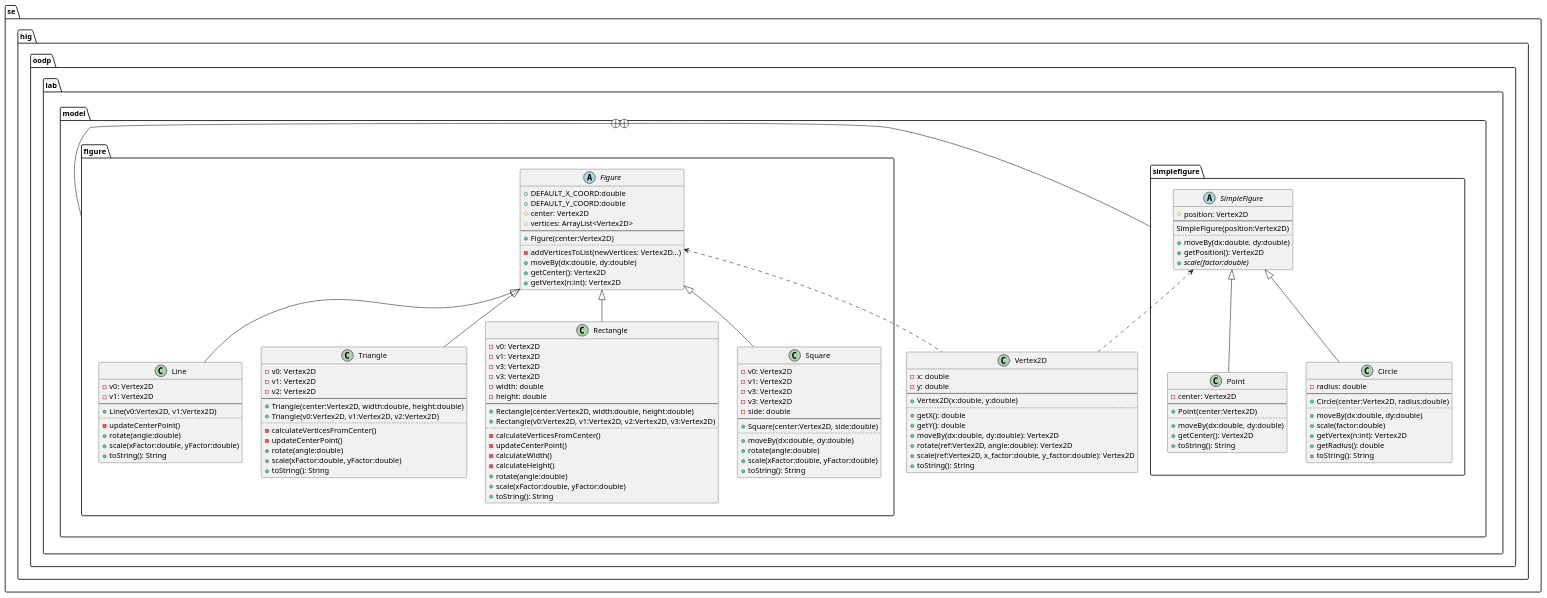
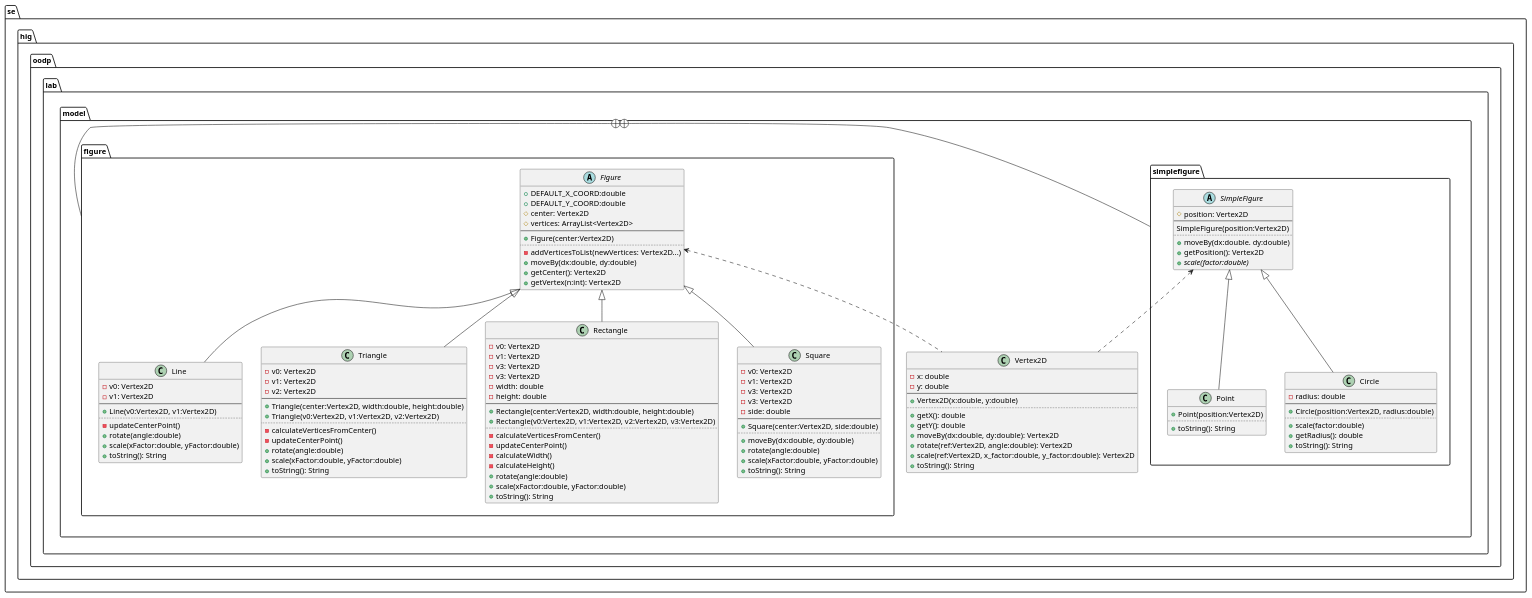
One commit to jonasjberg/DVG303_lab2 changed the diagram in diagram/uppgift2.puml. Above: the diagram before and after it, drawn with PlantUML. The commit also changed 8 other files, not shown here.

Commit message:
Done adding SimpleFigure and Figure superclasses.

```diff
--- a/diagram/uppgift2.puml
+++ b/diagram/uppgift2.puml
@@ -9,172 +9,166 @@
 @startuml
 ' ____________________________________________________________________________
 ' ____ CONFIGURATION OPTIONS __________________________________________________
 ' debug flag creates a 'svek.dot' and 'svek.svg' file in ~/
 !pragma svek_trace on
 
 ' package graphical style
 ' skinparam packageStyle folder
 
 ' don't use symbols to indicate visibility
 ' skinparam classAttributeIconsize 0
 
 
 ' ____________________________________________________________________________
 ' ____ CLASS DEFINITIONS ______________________________________________________
 package se.hig.oodp.lab.model {
     class Vertex2D {
         -x: double
         -y: double
         --
         +Vertex2D(x:double, y:double)
         ..
         +getX(): double
         +getY(): double
         +moveBy(dx:double, dy:double): Vertex2D
         +rotate(ref:Vertex2D, angle:double): Vertex2D
         +scale(ref:Vertex2D, x_factor:double, y_factor:double): Vertex2D
         +toString(): String
     }
 }
 
 package se.hig.oodp.lab.model.simplefigure {
     abstract class SimpleFigure {
         #position: Vertex2D
         --
         SimpleFigure(position:Vertex2D)
         ..
         +moveBy(dx:double. dy:double)
         +getPosition(): Vertex2D
         {Abstract}+scale(factor:double)
     }
 
     class Point {
-        -center: Vertex2D
-        --
-        +Point(center:Vertex2D)
+        +Point(position:Vertex2D)
         ..
-        +moveBy(dx:double, dy:double)
-        +getCenter(): Vertex2D
         +toString(): String
     }
 
     class Circle {
         -radius: double
         --
-        +Circle(center:Vertex2D, radius:double)
+        +Circle(position:Vertex2D, radius:double)
         ..
-        +moveBy(dx:double, dy:double)
         +scale(factor:double)
-        +getVertex(n:int): Vertex2D
         +getRadius(): double
         +toString(): String
     }
 }
 
 package se.hig.oodp.lab.model.figure {
 
     abstract class Figure {
         +DEFAULT_X_COORD:double
         +DEFAULT_Y_COORD:double
         #center: Vertex2D
         #vertices: ArrayList<Vertex2D>
         --
         +Figure(center:Vertex2D)
         ..
         -addVerticesToList(newVertices: Vertex2D...)
         +moveBy(dx:double, dy:double)
         +getCenter(): Vertex2D
         +getVertex(n:int): Vertex2D
     }
 
     class Line {
         -v0: Vertex2D
         -v1: Vertex2D
         --
         +Line(v0:Vertex2D, v1:Vertex2D)
         ..
         -updateCenterPoint()
         +rotate(angle:double)
         +scale(xFactor:double, yFactor:double)
         +toString(): String
     }
 
     class Triangle {
         -v0: Vertex2D
         -v1: Vertex2D
         -v2: Vertex2D
         --
         +Triangle(center:Vertex2D, width:double, height:double)
         +Triangle(v0:Vertex2D, v1:Vertex2D, v2:Vertex2D)
         ..
         -calculateVerticesFromCenter()
         -updateCenterPoint()
         +rotate(angle:double)
         +scale(xFactor:double, yFactor:double)
         +toString(): String
     }
 
     class Rectangle {
         -v0: Vertex2D
         -v1: Vertex2D
         -v3: Vertex2D
         -v3: Vertex2D
         -width: double
         -height: double
         --
         +Rectangle(center:Vertex2D, width:double, height:double)
         +Rectangle(v0:Vertex2D, v1:Vertex2D, v2:Vertex2D, v3:Vertex2D)
         ..
         -calculateVerticesFromCenter()
         -updateCenterPoint()
         -calculateWidth()
         -calculateHeight()
         +rotate(angle:double)
         +scale(xFactor:double, yFactor:double)
         +toString(): String
     }
 
     class Square {
         -v0: Vertex2D
         -v1: Vertex2D
         -v3: Vertex2D
         -v3: Vertex2D
         -side: double
         --
         +Square(center:Vertex2D, side:double)
         ..
         +moveBy(dx:double, dy:double)
         +rotate(angle:double)
         +scale(xFactor:double, yFactor:double)
         +toString(): String
     }
 }
 
 
 ' ____________________________________________________________________________
 ' ____ PACKAGE HIERARCHY _____________________________________________________
 se.hig.oodp.lab.model +-- se.hig.oodp.lab.model.figure
 se.hig.oodp.lab.model +-- se.hig.oodp.lab.model.simplefigure
 
 
 ' ____________________________________________________________________________
 ' ____ RELATIONS BETWEEN CLASSES _____________________________________________
 ' <|--      extension
 ' *--       composition
 ' o--       aggregation
 
 Figure <.. Vertex2D
 SimpleFigure <.. Vertex2D
 
 SimpleFigure <|-- Point
 SimpleFigure <|-- Circle
 
 Figure <|-- Line
 Figure <|-- Triangle
 Figure <|-- Rectangle
 Figure <|-- Square
 
 
 
 
 @enduml
```
